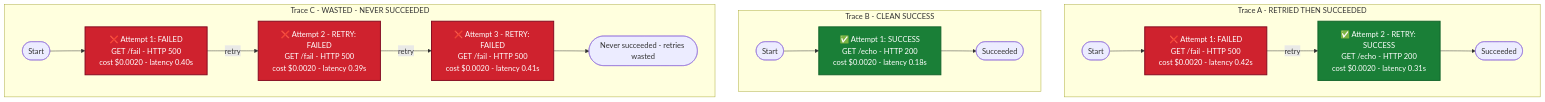
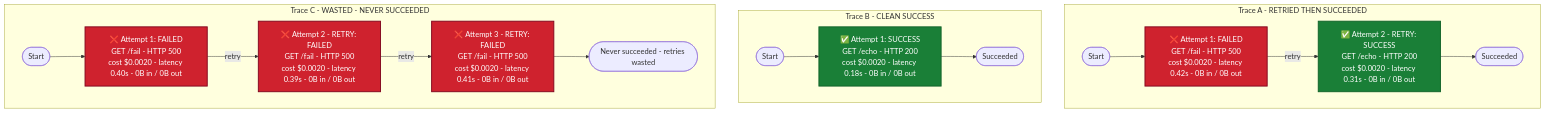
The diagram in agent-observability-proxy/trace-diagram.md (Hogathos/python-builds), drawn with Mermaid before and after one commit. The commit also changed other lines of this file and 2 other files, not shown here.

Commit message:
proxy: visualizer v2 — A-first ordering, long-trace collapse, POST metadata-only
Fix Malm's v1 nits: traces sorted A first despite reverse insertion; long traces collapse middle retries with counts staying true; POST shows method/endpoint/bytes/argument count only, never values or bodies. New VisualizerV2Test: 3 tests. Suite 23/23.

````diff
--- a/agent-observability-proxy/trace-diagram.md
+++ b/agent-observability-proxy/trace-diagram.md
@@ -36,38 +37,38 @@
 ```mermaid
 flowchart TD
     subgraph TA["Trace A - RETRIED THEN SUCCEEDED"]
         SA(["Start"])
-        TAS1["❌ Attempt 1: FAILED<br/>GET /fail - HTTP 500<br/>cost $0.0020 - latency 0.42s"]
+        TAS1["❌ Attempt 1: FAILED<br/>GET /fail - HTTP 500<br/>cost $0.0020 - latency 0.42s - 0B in / 0B out"]
         SA --> TAS1
         class TAS1 failure
-        TAS2["✅ Attempt 2 - RETRY: SUCCESS<br/>GET /echo - HTTP 200<br/>cost $0.0020 - latency 0.31s"]
+        TAS2["✅ Attempt 2 - RETRY: SUCCESS<br/>GET /echo - HTTP 200<br/>cost $0.0020 - latency 0.31s - 0B in / 0B out"]
         TAS1 -->|retry| TAS2
         class TAS2 success
         EA(["Succeeded"])
         TAS2 --> EA
     end
     subgraph TB["Trace B - CLEAN SUCCESS"]
         SB(["Start"])
-        TBS1["✅ Attempt 1: SUCCESS<br/>GET /echo - HTTP 200<br/>cost $0.0020 - latency 0.18s"]
+        TBS1["✅ Attempt 1: SUCCESS<br/>GET /echo - HTTP 200<br/>cost $0.0020 - latency 0.18s - 0B in / 0B out"]
         SB --> TBS1
         class TBS1 success
         EB(["Succeeded"])
         TBS1 --> EB
     end
     subgraph TC["Trace C - WASTED - NEVER SUCCEEDED"]
         SC(["Start"])
-        TCS1["❌ Attempt 1: FAILED<br/>GET /fail - HTTP 500<br/>cost $0.0020 - latency 0.40s"]
+        TCS1["❌ Attempt 1: FAILED<br/>GET /fail - HTTP 500<br/>cost $0.0020 - latency 0.40s - 0B in / 0B out"]
         SC --> TCS1
         class TCS1 failure
-        TCS2["❌ Attempt 2 - RETRY: FAILED<br/>GET /fail - HTTP 500<br/>cost $0.0020 - latency 0.39s"]
+        TCS2["❌ Attempt 2 - RETRY: FAILED<br/>GET /fail - HTTP 500<br/>cost $0.0020 - latency 0.39s - 0B in / 0B out"]
         TCS1 -->|retry| TCS2
         class TCS2 failure
-        TCS3["❌ Attempt 3 - RETRY: FAILED<br/>GET /fail - HTTP 500<br/>cost $0.0020 - latency 0.41s"]
+        TCS3["❌ Attempt 3 - RETRY: FAILED<br/>GET /fail - HTTP 500<br/>cost $0.0020 - latency 0.41s - 0B in / 0B out"]
         TCS2 -->|retry| TCS3
         class TCS3 failure
         EC(["Never succeeded - retries wasted"])
         TCS3 --> EC
     end
     classDef success fill:#1a7f37,color:#ffffff,stroke:#116329,stroke-width:2px
     classDef failure fill:#cf222e,color:#ffffff,stroke:#82071e,stroke-width:2px
 ```
````
